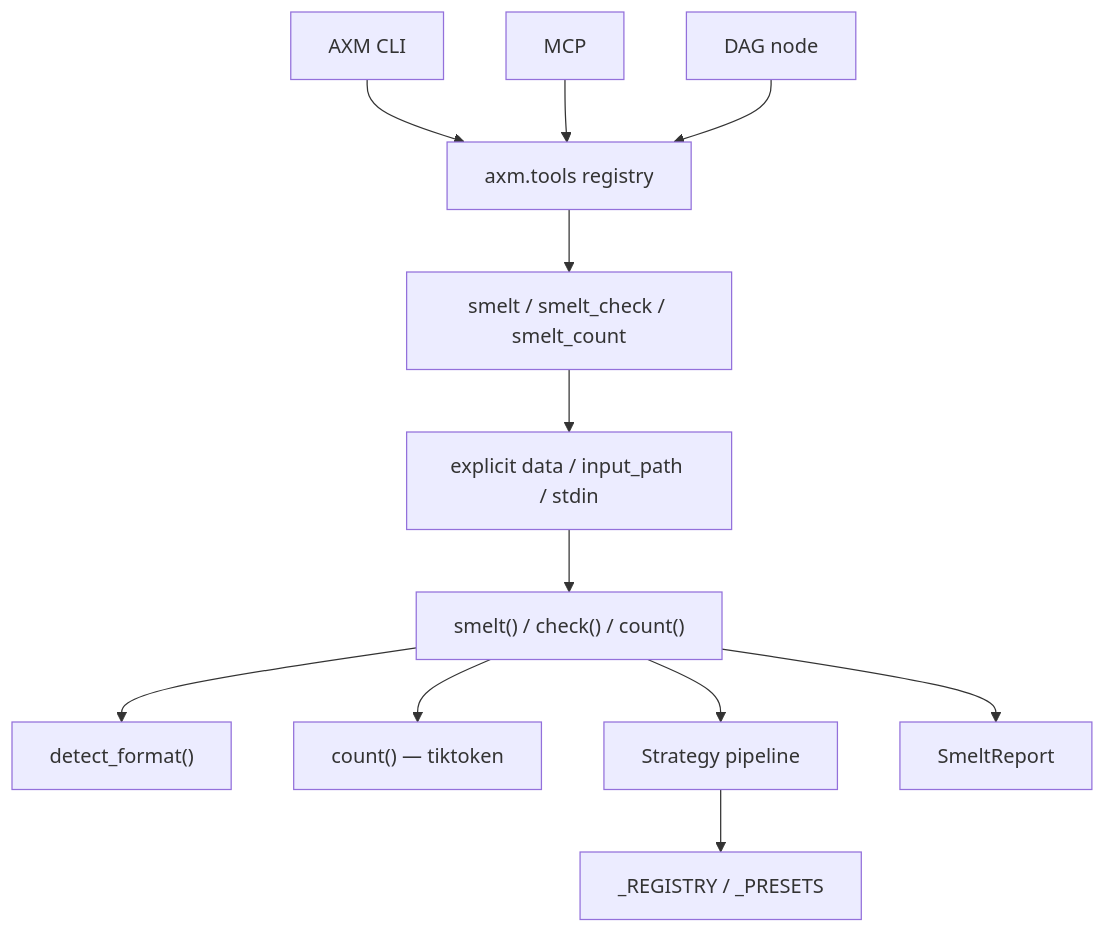
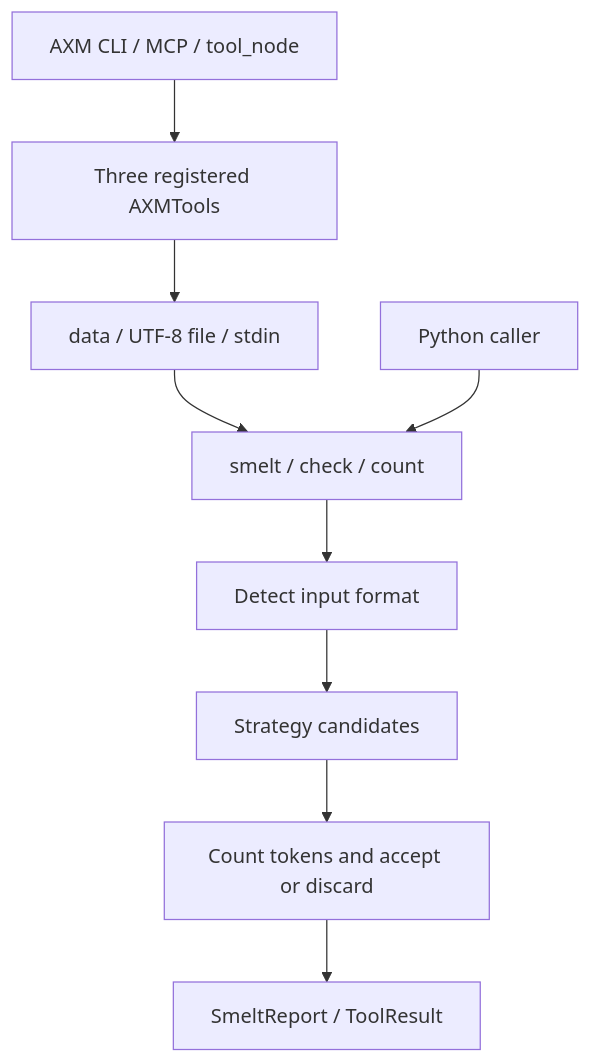
The diagram in packages/axm-smelt/docs/explanation/architecture.md (axm-protocols/axm-forge), drawn with Mermaid before and after one commit. The commit also changed other lines of this file and 15 other files, not shown here.

First line of the commit message:
docs(axm-smelt): align compaction contracts and usage guides

````diff
--- a/packages/axm-smelt/docs/explanation/architecture.md
+++ b/packages/axm-smelt/docs/explanation/architecture.md
@@ -7,14 +9,11 @@
 ```mermaid
-graph TB
-    CLI["AXM CLI"] --> ToolRegistry["axm.tools registry"]
-    MCP["MCP"] --> ToolRegistry
-    DAG["DAG node"] --> ToolRegistry
-    ToolRegistry --> Tools["smelt / smelt_check / smelt_count"]
-    Tools --> InputSource["explicit data / input_path / stdin"]
-    InputSource --> Pipeline["smelt() / check() / count()"]
-    Pipeline --> Detector["detect_format()"]
-    Pipeline --> Counter["count() — tiktoken"]
-    Pipeline --> Strategies["Strategy pipeline"]
-    Strategies --> StrategyRegistry["_REGISTRY / _PRESETS"]
-    Pipeline --> Report["SmeltReport"]
+flowchart TD
+    Registry["AXM CLI / MCP / tool_node"] --> Tools["Three registered AXMTools"]
+    Tools --> Source["data / UTF-8 file / stdin"]
+    Source --> API["smelt / check / count"]
+    Python["Python caller"] --> API
+    API --> Detect["Detect input format"]
+    Detect --> Pipeline["Strategy candidates"]
+    Pipeline --> Guard["Count tokens and accept or discard"]
+    Guard --> Report["SmeltReport / ToolResult"]
 ```
````
